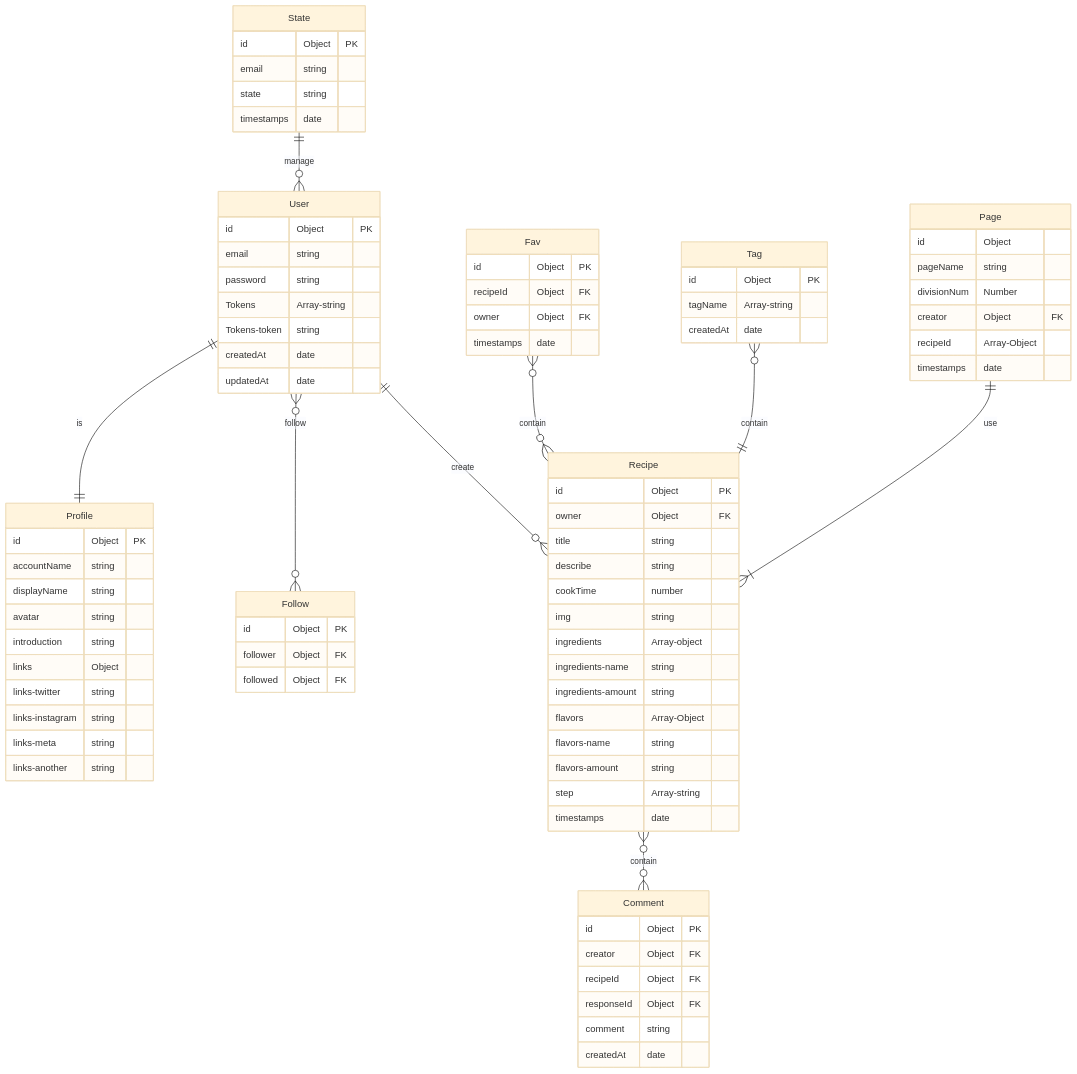
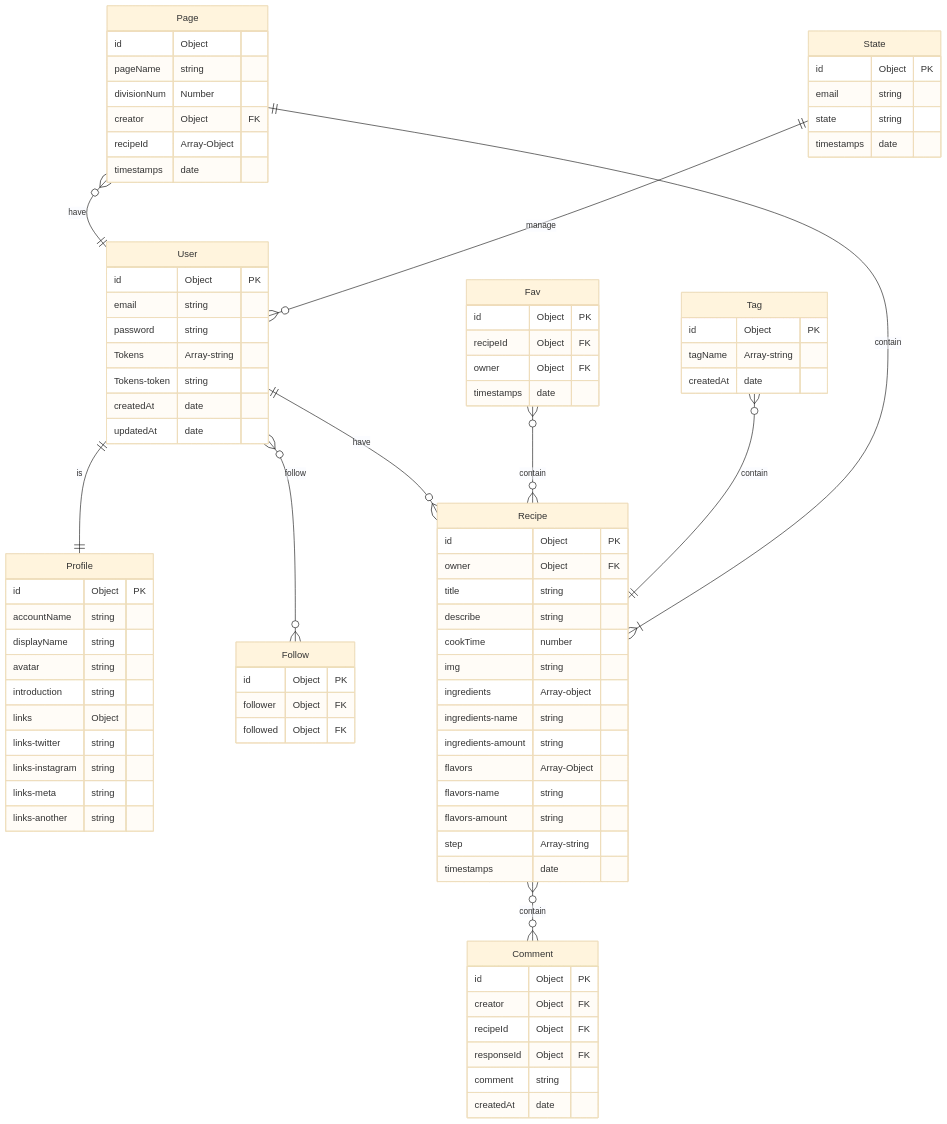
One commit to AkihitoNakano/GoodFood-Portfolio changed the third of 5 diagrams in README.md. Above: the diagram before and after it, drawn with Mermaid (base theme).

Commit message:
ER図の修正

```diff
--- a/README.md
+++ b/README.md
@@ -370,11 +370,12 @@
 
 User ||--||  Profile : is
 User }o--o{ Follow : follow
-User ||--o{ Recipe : create
+User ||--o{ Recipe : have
 Recipe }o--o{ Comment : contain
 Fav }o--o{ Recipe : contain
 Tag }o--|| Recipe : contain
-Page ||--|{ Recipe : use
+Page }o--|| User : have
+Page ||--|{ Recipe : contain
 State ||--o{ User : manage
 
 User {
```
